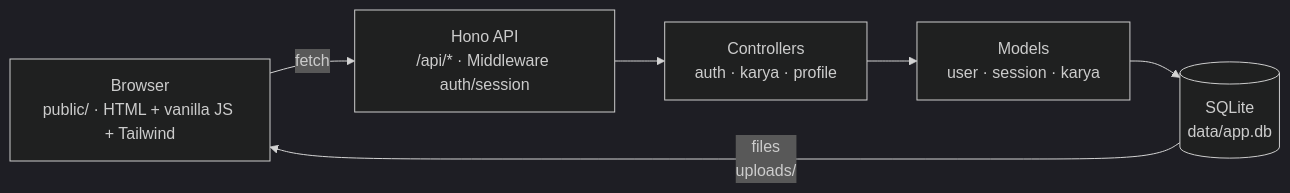
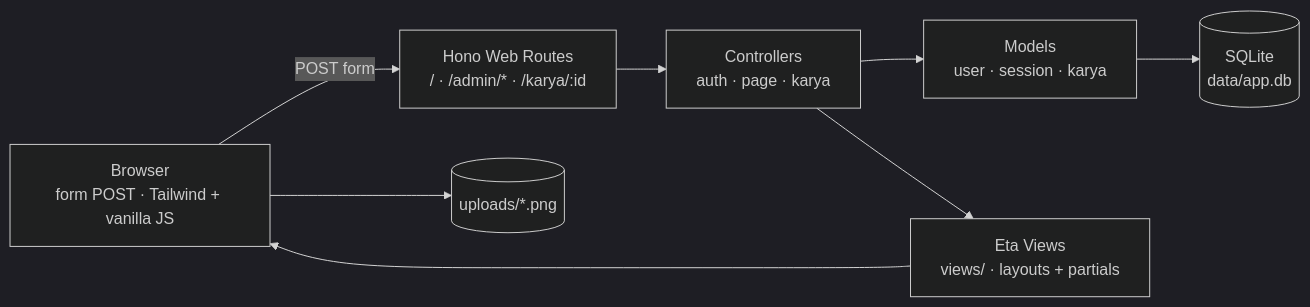
One commit to Jofadlan/cosign-arsip changed the diagram in README.md. Above: the diagram before and after it, drawn with Mermaid (dark theme). The commit also changed other lines of this file and 40 other files, not shown here.

````diff
--- a/README.md
+++ b/README.md
@@ -23,14 +27,18 @@
 ```mermaid
 flowchart LR
-    Browser["Browser<br/>public/ · HTML + vanilla JS + Tailwind"]
-    API["Hono API<br/>/api/* · Middleware auth/session"]
-    Ctrl["Controllers<br/>auth · karya · profile"]
+    Browser["Browser<br/>form POST · Tailwind + vanilla JS"]
+    Web["Hono Web Routes<br/>/ · /admin/* · /karya/:id"]
+    Ctrl["Controllers<br/>auth · page · karya"]
     Model["Models<br/>user · session · karya"]
+    View["Eta Views<br/>views/ · layouts + partials"]
     DB[("SQLite<br/>data/app.db")]
+    UP[("uploads/*.png")]
 
-    Browser -->|fetch| API
-    API --> Ctrl
+    Browser -->|POST form| Web
+    Web --> Ctrl
     Ctrl --> Model
     Model --> DB
-    DB -->|"files<br/>uploads/"| Browser
+    Ctrl --> View
+    View --> Browser
+    Browser --> UP
 ```
````
